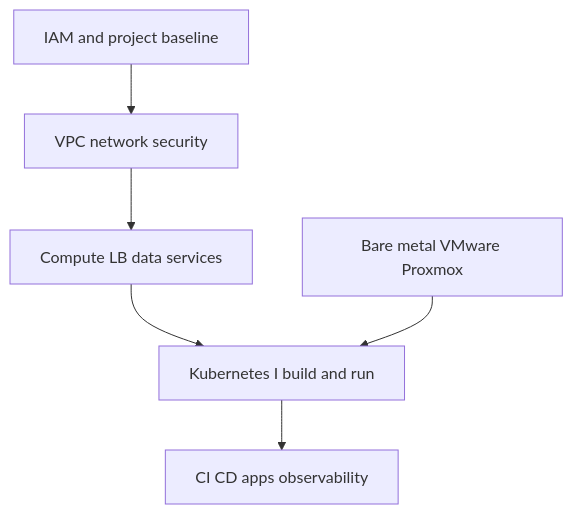
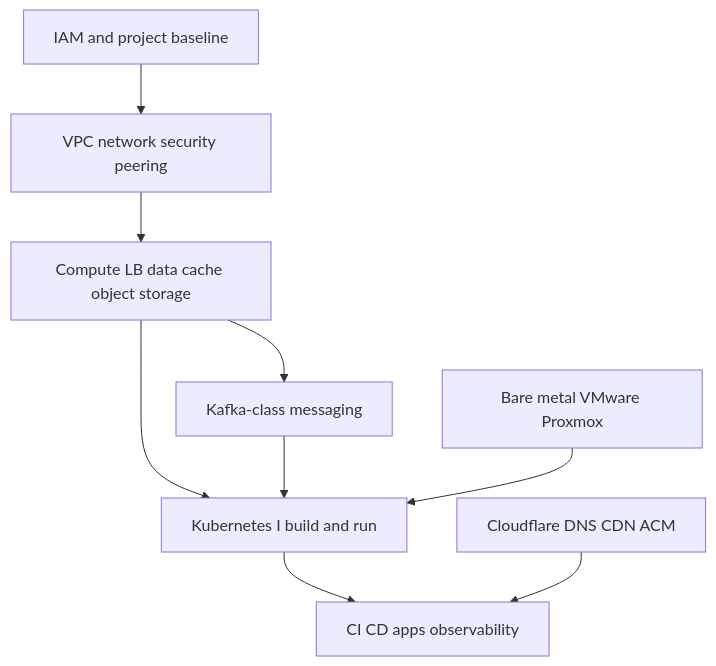
Before and after one commit to NarberallGamma/narberall-platform-engineer-lab: the fourth of 5 diagrams in README.md, drawn with Mermaid. The commit also changed other lines of this file and 3 other files, not shown here.

````diff
--- a/README.md
+++ b/README.md
@@ -71,8 +105,11 @@
 ```mermaid
 flowchart TB
-  IAM[IAM and project baseline] --> VPC[VPC network security]
-  VPC --> Compute[Compute LB data services]
+  IAM[IAM and project baseline] --> VPC[VPC network security peering]
+  VPC --> Compute[Compute LB data cache object storage]
+  Compute --> Msg[Kafka-class messaging]
   Compute --> K8s[Kubernetes I build and run]
+  Msg --> K8s
   K8s --> CICD[CI CD apps observability]
+  Edge[Cloudflare DNS CDN ACM] --> CICD
   Bare[Bare metal VMware Proxmox] --> K8s
 ```
````
